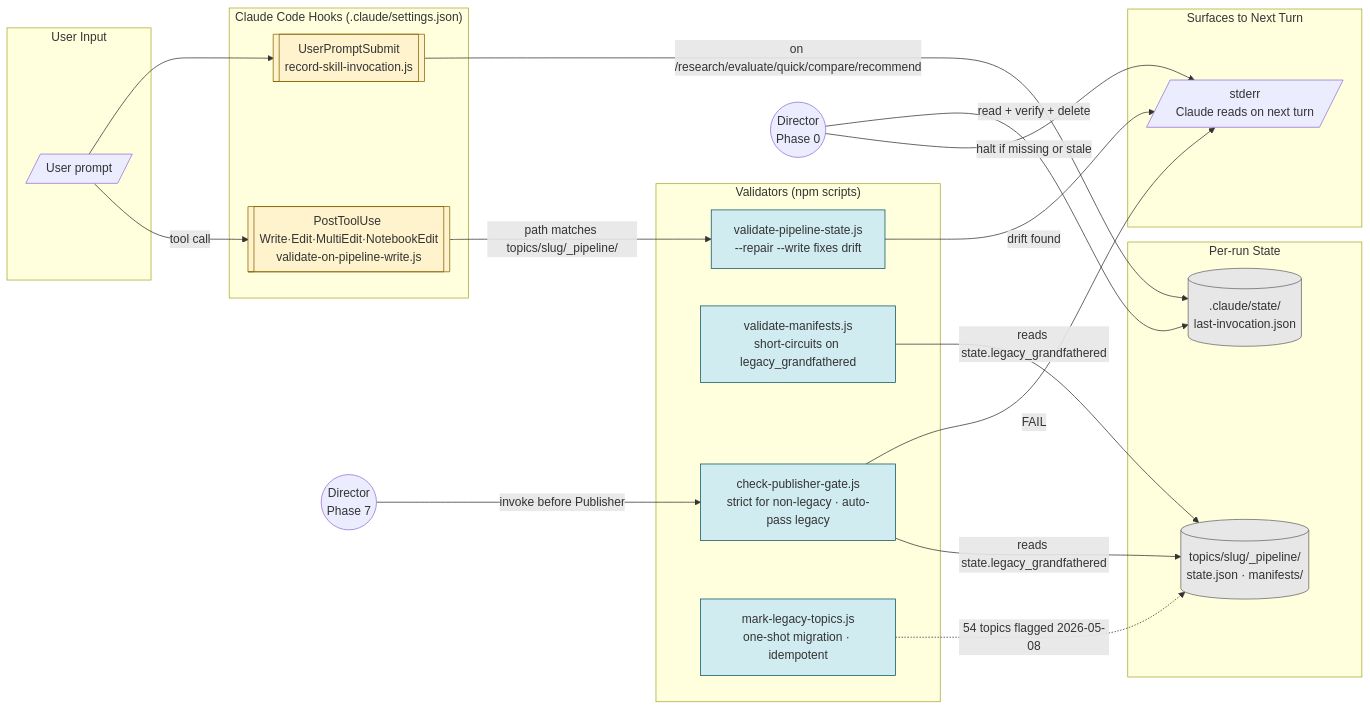
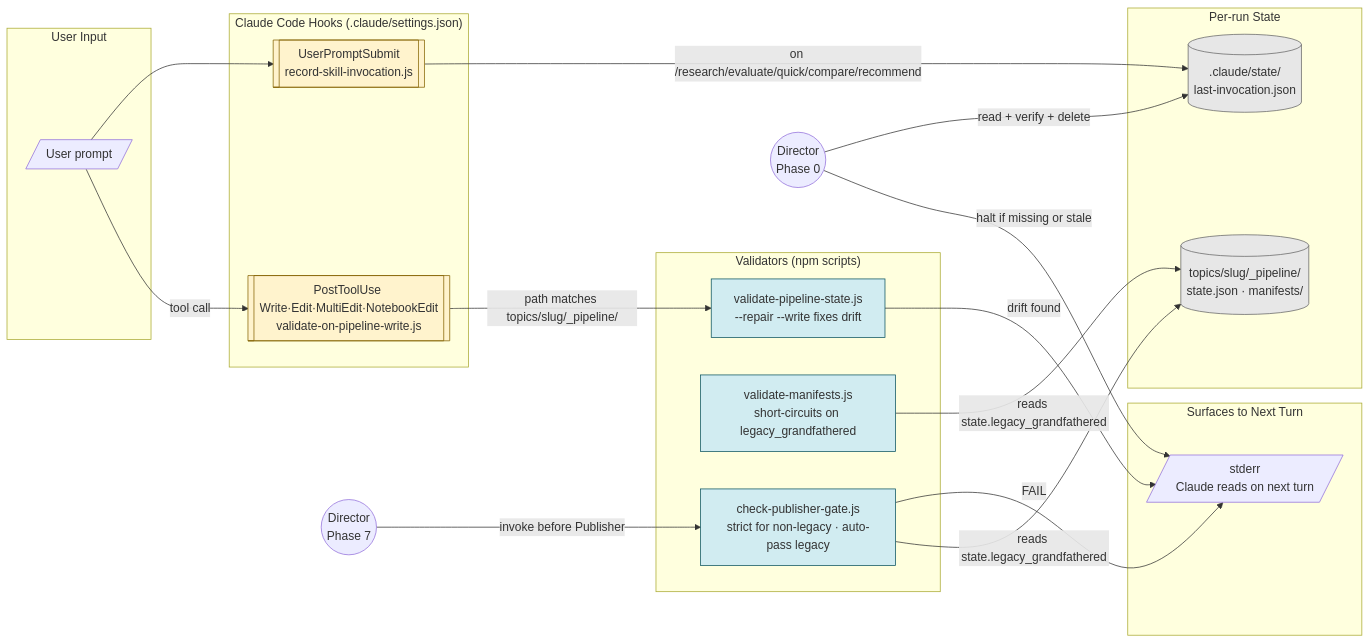
One commit to nixxet/BrainStorming changed the second of 4 diagrams in diagram.md. Above: the diagram before and after it, drawn with Mermaid. The commit also changed other lines of this file and 133 other files, not shown here.

````diff
--- a/diagram.md
+++ b/diagram.md
@@ -108,51 +108,49 @@
 ```mermaid
 flowchart LR
     subgraph IN["User Input"]
         U[/User prompt/]
     end
 
     subgraph HOOKS["Claude Code Hooks (.claude/settings.json)"]
         UPS[[UserPromptSubmit\nrecord-skill-invocation.js]]
         PTU[[PostToolUse Write·Edit·MultiEdit·NotebookEdit\nvalidate-on-pipeline-write.js]]
     end
 
     subgraph STATE["Per-run State"]
         TOK[(.claude/state/\nlast-invocation.json)]
         TOPIC[(topics/slug/_pipeline/\nstate.json · manifests/)]
     end
 
     subgraph VAL["Validators (npm scripts)"]
         VPS[validate-pipeline-state.js\n--repair --write fixes drift]
         VM[validate-manifests.js\nshort-circuits on legacy_grandfathered]
         CPG[check-publisher-gate.js\nstrict for non-legacy · auto-pass legacy]
-        MLT[mark-legacy-topics.js\none-shot migration · idempotent]
     end
 
     subgraph SURFACE["Surfaces to Next Turn"]
         ERR[/stderr\nClaude reads on next turn/]
     end
 
     U --> UPS
     UPS -->|on /research/evaluate/quick/compare/recommend| TOK
 
     U -->|tool call| PTU
     PTU -->|path matches topics/slug/_pipeline/| VPS
     VPS -->|drift found| ERR
 
     DIR0((Director\nPhase 0)) -->|read + verify + delete| TOK
     DIR0 -->|halt if missing or stale| ERR
 
     DIR7((Director\nPhase 7)) -->|invoke before Publisher| CPG
     CPG -->|FAIL| ERR
     CPG -->|reads state.legacy_grandfathered| TOPIC
 
     VM -->|reads state.legacy_grandfathered| TOPIC
-    MLT -.->|54 topics flagged 2026-05-08| TOPIC
 
     classDef hook fill:#fff3cd,stroke:#856404
     classDef val fill:#d1ecf1,stroke:#0c5460
     classDef state fill:#e7e7e7,stroke:#666
     class UPS,PTU hook
-    class VPS,VM,CPG,MLT val
+    class VPS,VM,CPG val
     class TOK,TOPIC state
 ```
````
